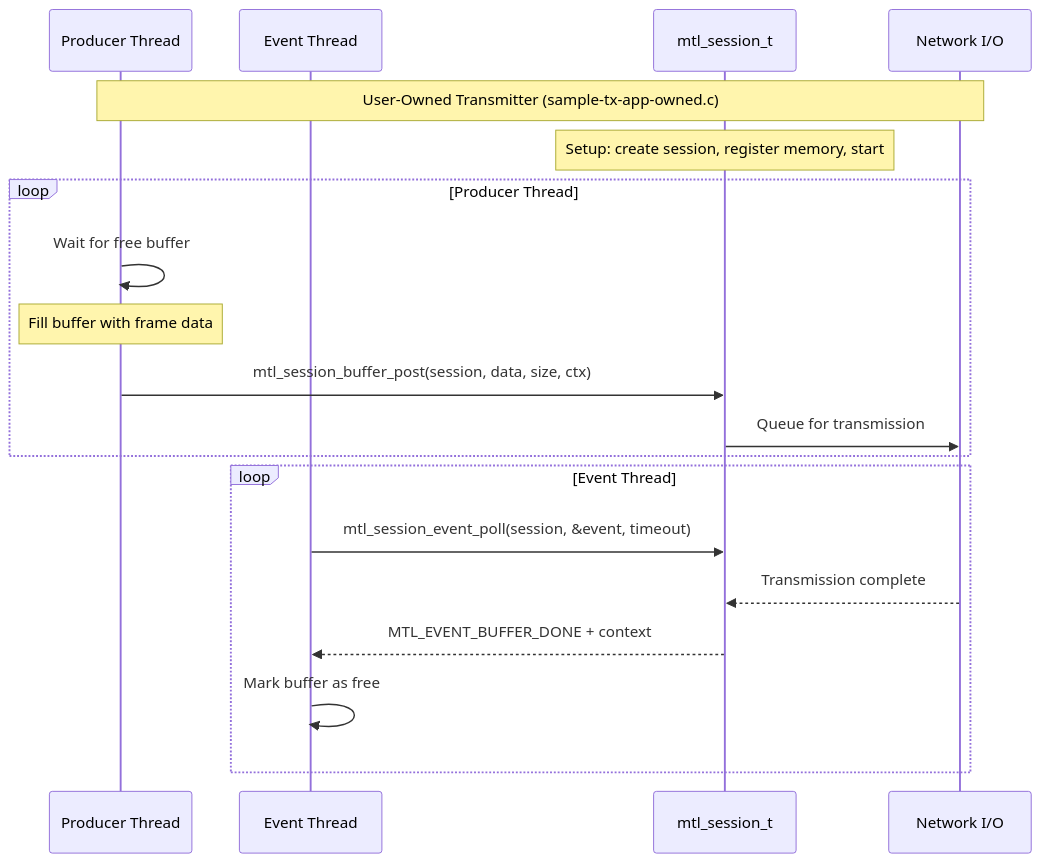
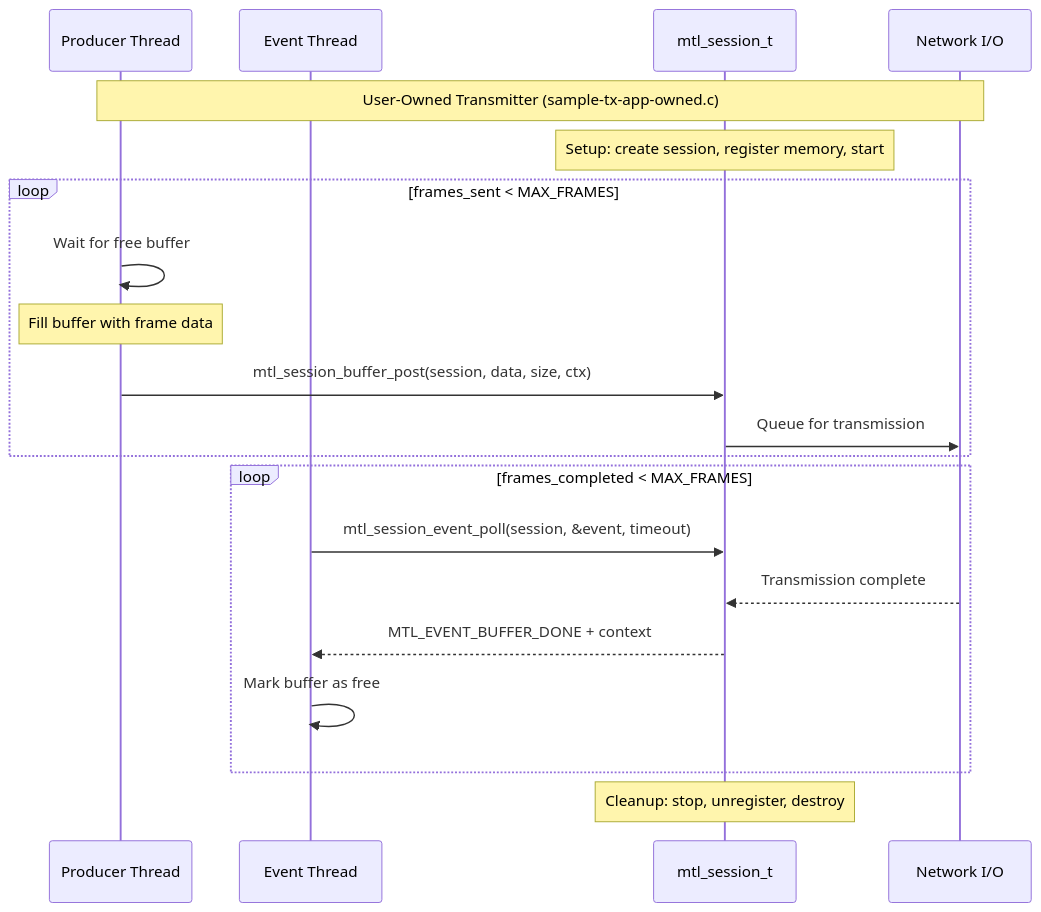
One commit to OpenVisualCloud/Media-Transport-Library changed the fourth of 10 diagrams in doc/new_API/samples/diagrams.md. Above: the diagram before and after it, drawn with Mermaid. The commit also changed other lines of this file and 14 other files, not shown here.

````diff
--- a/doc/new_API/samples/diagrams.md
+++ b/doc/new_API/samples/diagrams.md
@@ -114,25 +116,27 @@
 ```mermaid
 sequenceDiagram
     participant Producer as Producer Thread
     participant EventHandler as Event Thread
     participant Session as mtl_session_t
     participant Network as Network I/O
     
     Note over Producer,Network: User-Owned Transmitter (sample-tx-app-owned.c)
     
     Note over Session: Setup: create session, register memory, start
     
-    loop Producer Thread
+    loop frames_sent < MAX_FRAMES
         Producer->>Producer: Wait for free buffer
         Note over Producer: Fill buffer with frame data
         Producer->>Session: mtl_session_buffer_post(session, data, size, ctx)
         Session->>Network: Queue for transmission
     end
     
-    loop Event Thread  
+    loop frames_completed < MAX_FRAMES
         EventHandler->>Session: mtl_session_event_poll(session, &event, timeout)
         Network-->>Session: Transmission complete
         Session-->>EventHandler: MTL_EVENT_BUFFER_DONE + context
         EventHandler->>EventHandler: Mark buffer as free
     end
+    
+    Note over Session: Cleanup: stop, unregister, destroy
 ```
````
